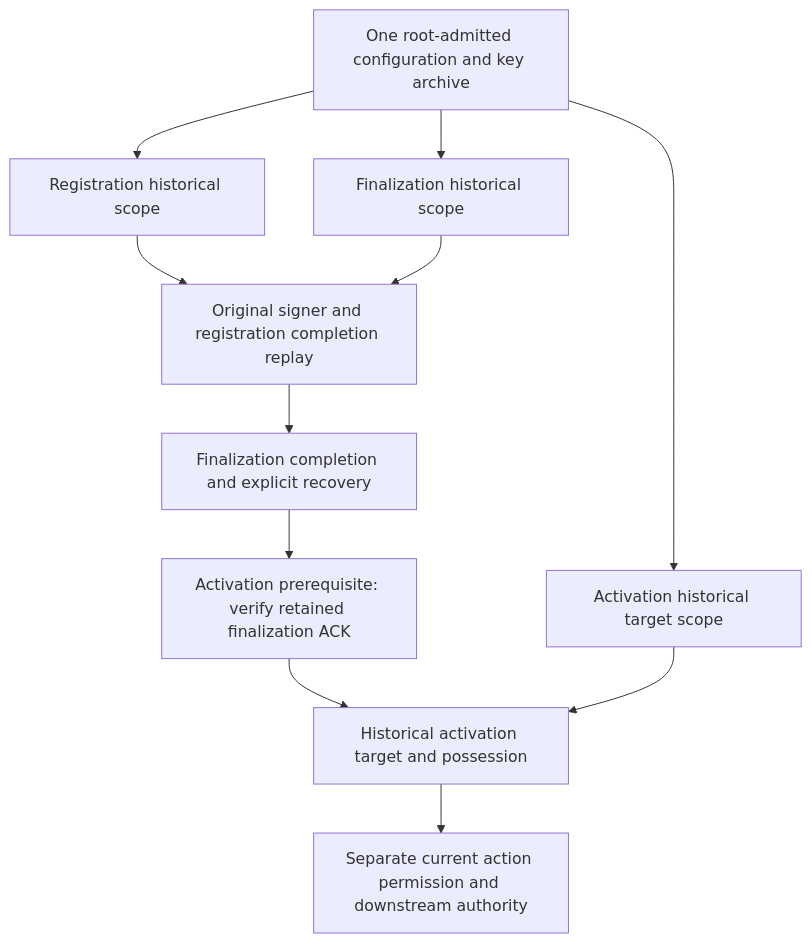
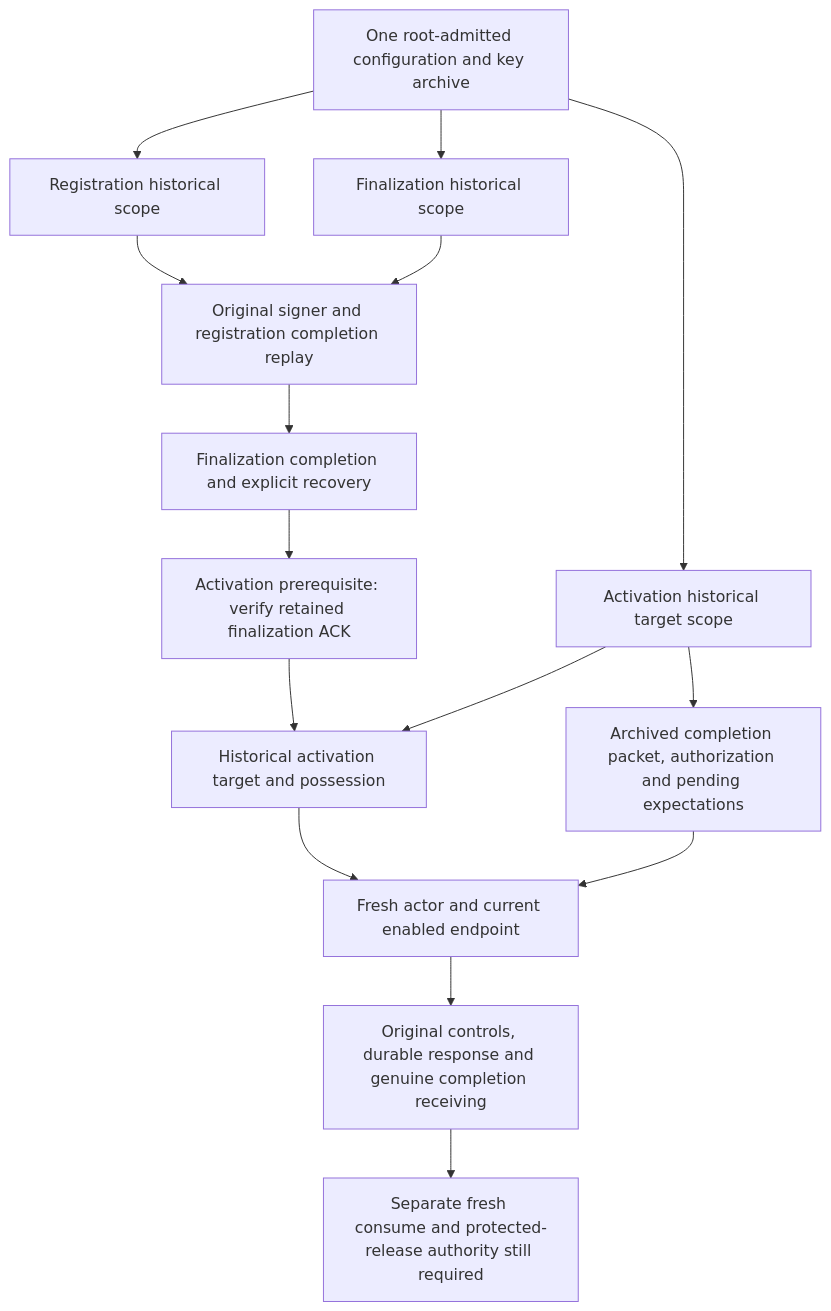
The diagram in docs/historical-authority-resolution.md (AndrewMohawk/catchplate), drawn with Mermaid before and after one commit. The commit also changed other lines of this file and 22 other files, not shown here.

Commit message:
feat(auth): carry archived authority through activation completion recovery

````diff
--- a/docs/historical-authority-resolution.md
+++ b/docs/historical-authority-resolution.md
@@ -120,13 +135,17 @@
 ```mermaid
 flowchart TD
     A[One root-admitted configuration and key archive] --> R[Registration historical scope]
     A --> F[Finalization historical scope]
     A --> H[Activation historical target scope]
     R --> V[Original signer and registration completion replay]
     F --> V
     V --> C[Finalization completion and explicit recovery]
     C --> P[Activation prerequisite: verify retained finalization ACK]
     P --> T[Historical activation target and possession]
     H --> T
-    T --> N[Separate current action permission and downstream authority]
+    H --> E[Archived completion packet, authorization and pending expectations]
+    T --> N[Fresh actor and current enabled endpoint]
+    E --> N
+    N --> Q[Original controls, durable response and genuine completion receiving]
+    Q --> D[Separate fresh consume and protected-release authority still required]
 ```
````
